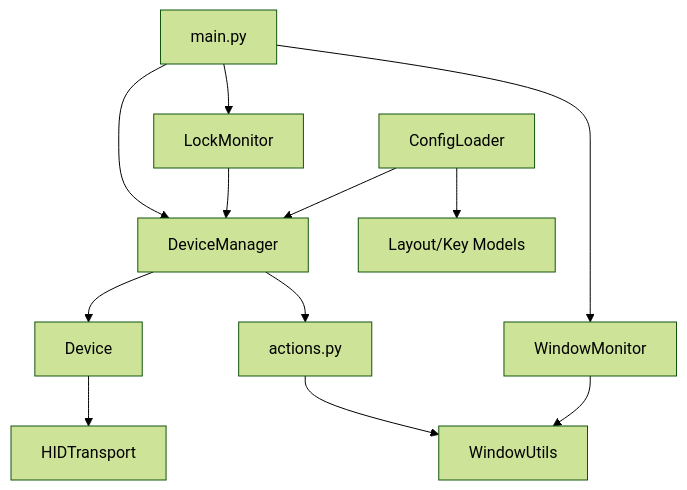
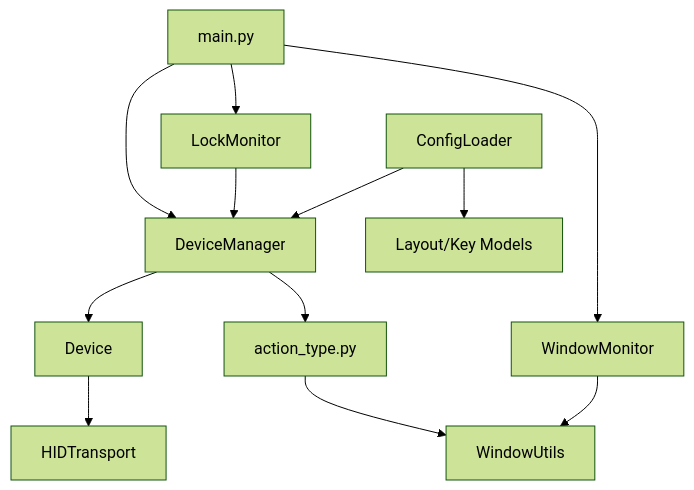
Before and after one commit to Zru-B/StreamDockForLinux: the first of 3 diagrams in docs/architecture/DEPENDENCY_MAP.md, drawn with Mermaid (forest theme). The commit also changed other lines of this file and 51 other files, not shown here.

Commit message:
Complete the switch to the new architecture

````diff
--- a/docs/architecture/DEPENDENCY_MAP.md
+++ b/docs/architecture/DEPENDENCY_MAP.md
@@ -7,18 +7,18 @@
 ```mermaid
 graph TD
     Main[main.py] --> DM[DeviceManager]
     Main --> WM[WindowMonitor]
     Main --> LM[LockMonitor]
     
     DM --> Dev[Device]
     Dev --> Trans[HIDTransport]
     
-    DM --> Actions[actions.py]
+    DM --> Actions[action_type.py]
     Actions --> WU[WindowUtils]
     
     WM --> WU
     LM --> DM
     
     CL[ConfigLoader] --> DM
     CL --> Layout[Layout/Key Models]
 ```
````
